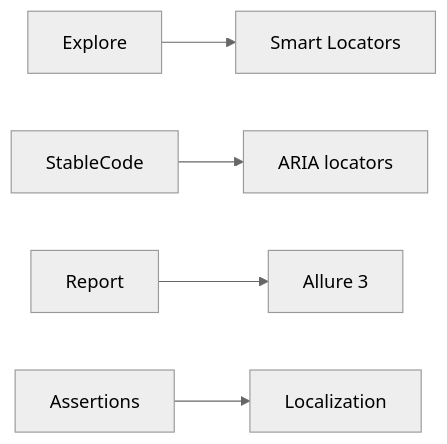
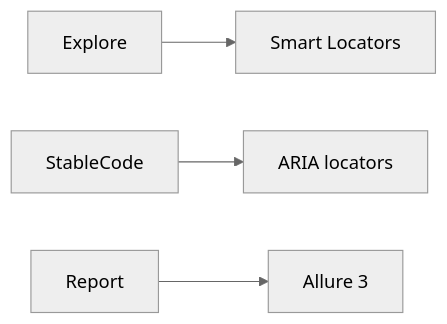
The diagram in docs/features/whats-new/missed.md (ShaftHQ/shafthq.github.io), drawn with Mermaid (neutral theme) before and after one commit. The commit also changed other lines of this file and 6 other files, not shown here.

````diff
--- a/docs/features/whats-new/missed.md
+++ b/docs/features/whats-new/missed.md
@@ -8,7 +8,6 @@
 ```mermaid
 flowchart LR
   Explore --> Smart[Smart Locators]
   StableCode --> Aria[ARIA locators]
   Report --> Allure[Allure 3]
-  Assertions --> Locale[Localization]
 ```
````
